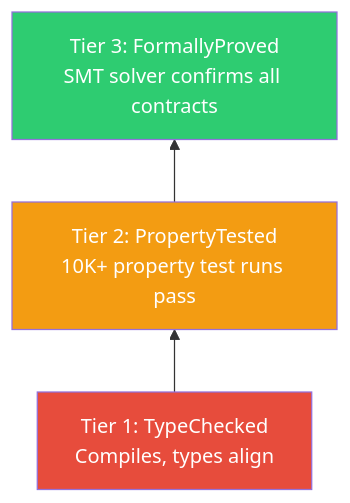
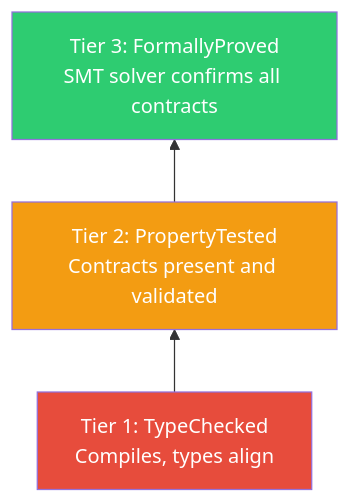
One commit to sage3648/sigil changed diagram 13 of 14 in README.md. Above: the diagram before and after it, drawn with Mermaid. The commit also changed other lines of this file, not shown here.

````diff
--- a/README.md
+++ b/README.md
@@ -639,12 +914,12 @@
 ```mermaid
 graph BT
     T1["Tier 1: TypeChecked<br/>Compiles, types align"]
-    T2["Tier 2: PropertyTested<br/>10K+ property test runs pass"]
+    T2["Tier 2: PropertyTested<br/>Contracts present and validated"]
     T3["Tier 3: FormallyProved<br/>SMT solver confirms all contracts"]
 
     T1 --> T2 --> T3
 
     style T1 fill:#e74c3c,color:#fff
     style T2 fill:#f39c12,color:#fff
     style T3 fill:#2ecc71,color:#fff
 ```
````
